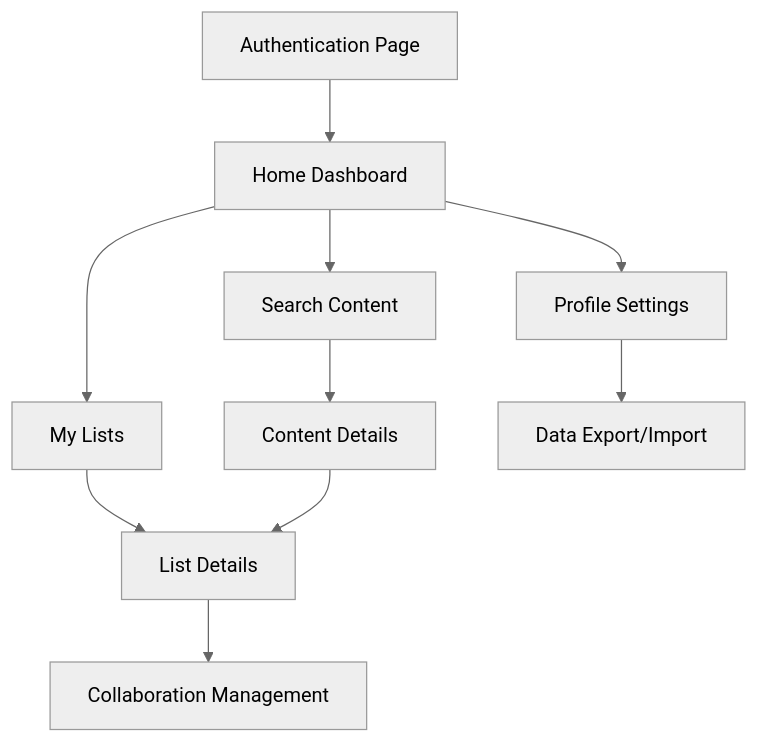
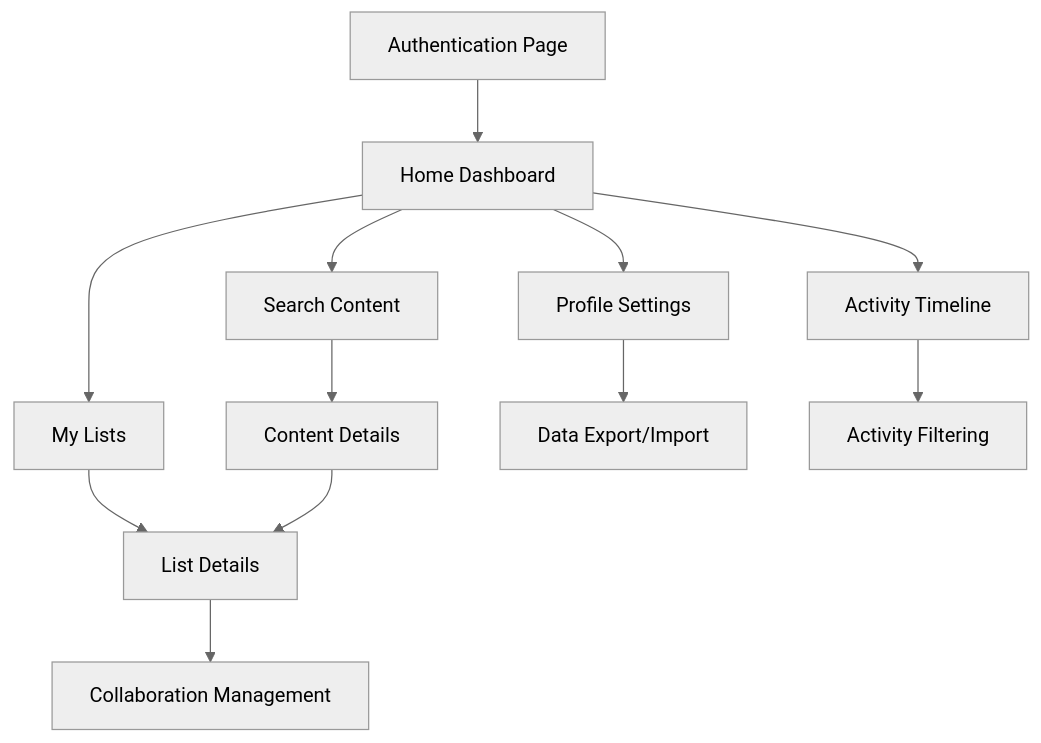
One commit to benpaulsen4/watch-this changed the diagram in .trae/documents/product-requirements-document.md. Above: the diagram before and after it, drawn with Mermaid (neutral theme). The commit also changed other lines of this file and 20 other files, not shown here.

````diff
--- a/.trae/documents/product-requirements-document.md
+++ b/.trae/documents/product-requirements-document.md
@@ -191,12 +288,14 @@
 ```mermaid
 graph TD
     A[Authentication Page] --> B[Home Dashboard]
     B --> C[My Lists]
     B --> D[Search Content]
+    B --> J[Activity Timeline]
     C --> E[List Details]
     D --> F[Content Details]
     F --> E
     E --> G[Collaboration Management]
     B --> H[Profile Settings]
     H --> I[Data Export/Import]
+    J --> K[Activity Filtering]
 ```
````
